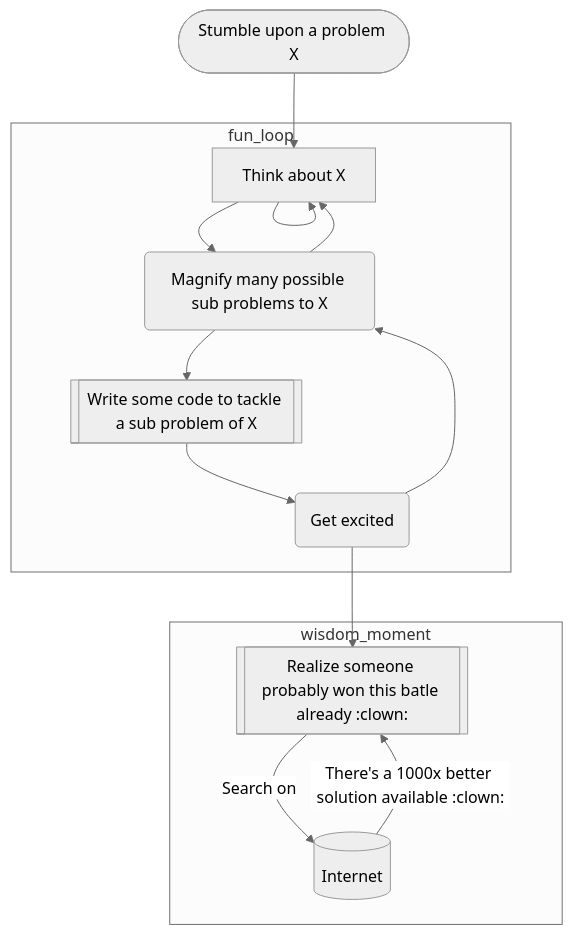
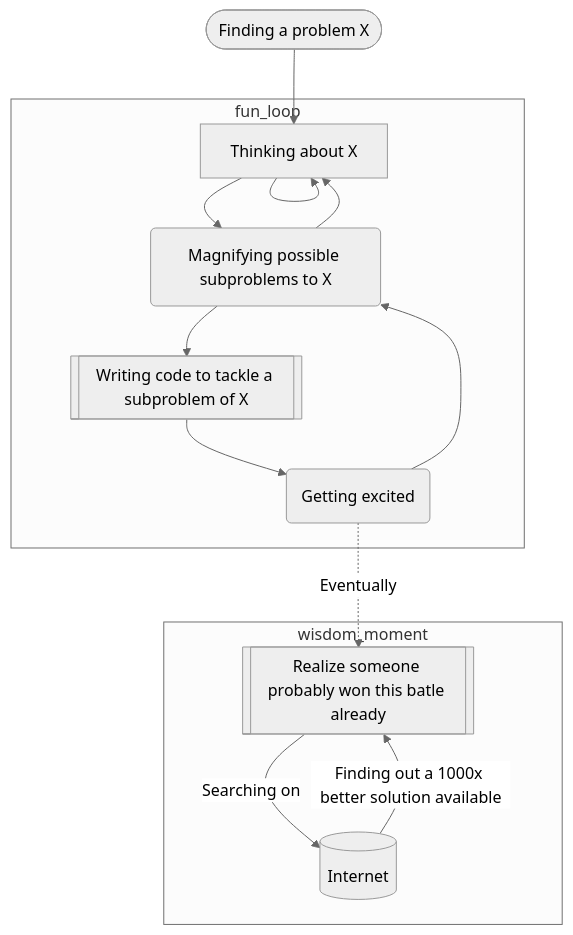
Before and after one commit to leandromoreira/fake-as-fuck: the diagram in README.md, drawn with Mermaid (neutral theme). The commit also changed other lines of this file, not shown here.

````diff
--- a/README.md
+++ b/README.md
@@ -7,21 +11,21 @@
 ```mermaid
 graph TD;
-    step1([Stumble upon a problem X])-->step2[Think about X];
+    step1([Finding a problem X])-->step2[Thinking about X];
     step2-->step2;
     
     subgraph fun_loop
-    step2-->step3(Magnify many possible sub problems to X)
+    step2-->step3(Magnifying possible subproblems to X)
     step3-->step2;
-    step3-->step4[[Write some code to tackle a sub problem of X]]
-    step4-->step5(Get excited)
+    step3-->step4[[Writing code to tackle a subproblem of X]]
+    step4-->step5(Getting excited)
     step5-->step3;
     end
     
-    step5-->step6[[Realize someone probably won this batle already :clown:]]
+    step5-. Eventually .->step6[[Realize someone probably won this batle already]]
     
     subgraph wisdom_moment
-    step6-- Search on -->step7[(Internet)]
-    step7-- There's a 1000x better solution available :clown: -->step6
+    step6-- Searching on -->step7[(Internet)]
+    step7-- Finding out a 1000x better solution available -->step6
     end
     
 ```
````
